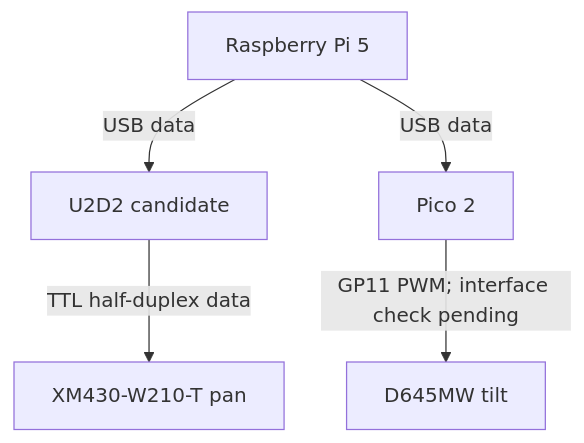
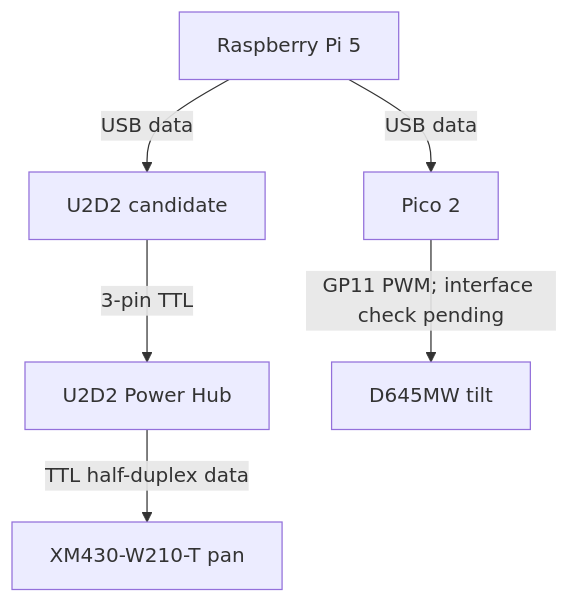
Before and after one commit to Umair-Coder124/RoverBuddy-X1-verified: the first of 3 diagrams in docs/WIRING.md, drawn with Mermaid. The commit also changed other lines of this file and 3 other files, not shown here.

Commit message:
Show pan supply and Power Hub in existing wiring diagrams

````diff
--- a/docs/WIRING.md
+++ b/docs/WIRING.md
@@ -26,7 +26,8 @@
 ```mermaid
 flowchart TD
     PI["Raspberry Pi 5"] -->|USB data| USB["U2D2 candidate"]
-    USB -->|TTL half-duplex data| PAN["XM430-W210-T pan"]
+    USB -->|3-pin TTL| HUB["U2D2 Power Hub"]
+    HUB -->|TTL half-duplex data| PAN["XM430-W210-T pan"]
     PI -->|USB data| PICO["Pico 2"]
     PICO -->|"GP11 PWM; interface check pending"| TILT["D645MW tilt"]
 ```
````
